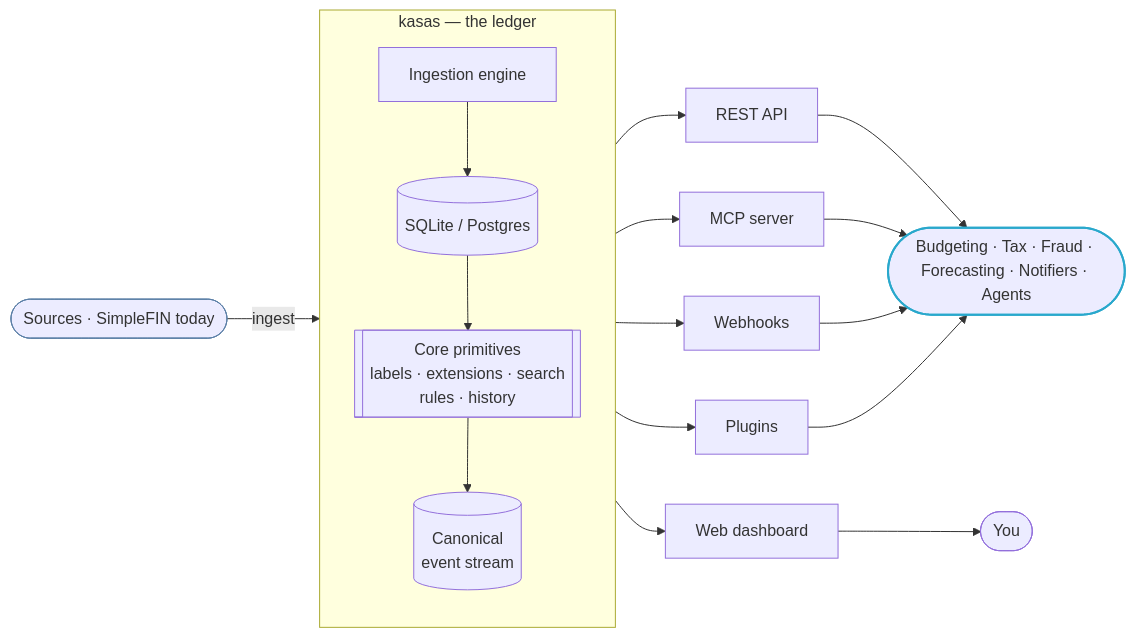
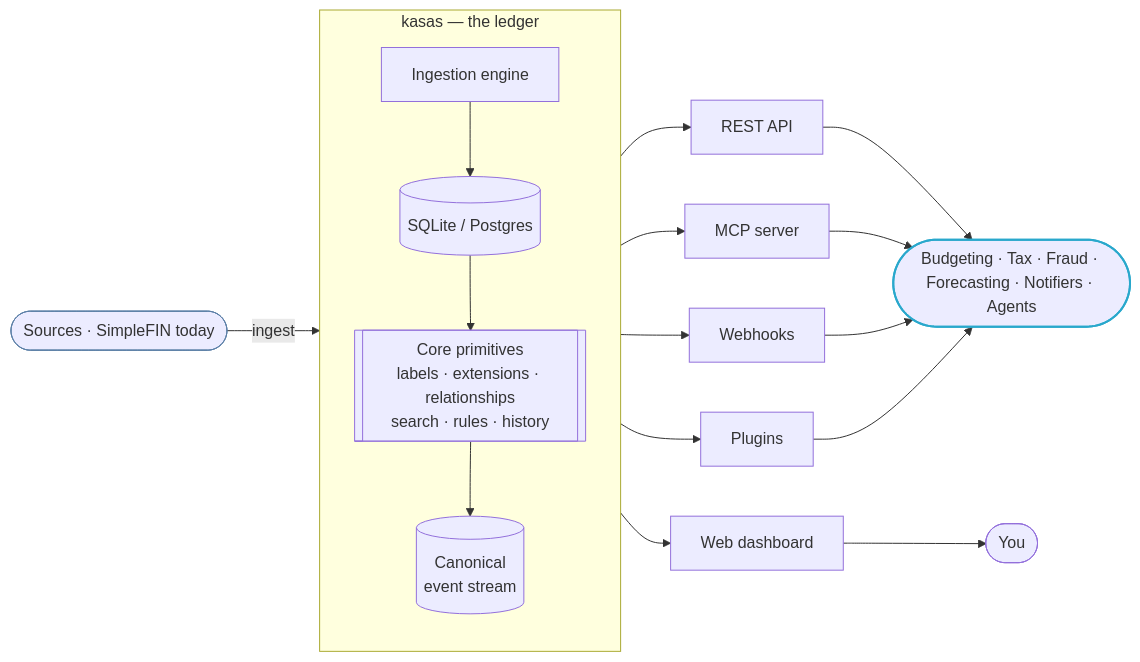
The diagram in docs/index.md (paulmeier/kasas), drawn with Mermaid before and after one commit. The commit also changed other lines of this file and 42 other files, not shown here.

````diff
--- a/docs/index.md
+++ b/docs/index.md
@@ -38,32 +38,32 @@
 ```mermaid
 flowchart LR
     SRC([Sources · SimpleFIN today]):::ext
 
     subgraph K["kasas — the ledger"]
         direction TB
         SYNC[Ingestion engine]
         DB[(SQLite / Postgres)]
-        CORE[["Core primitives<br/>labels · extensions · search<br/>rules · history"]]
+        CORE[["Core primitives<br/>labels · extensions · relationships<br/>search · rules · history"]]
         EV[(Canonical<br/>event stream)]
         SYNC --> DB --> CORE --> EV
     end
 
     SRC -->|ingest| SYNC
 
     K --> REST[REST API]
     K --> MCP[MCP server]
     K --> DASH[Web dashboard]
     EV --> WH[Webhooks]
     EV --> PL[Plugins]
 
     REST --> APPS
     MCP --> APPS
     DASH --> USER([You])
     WH --> APPS
     PL --> APPS
 
     APPS([Budgeting · Tax · Fraud · Forecasting · Notifiers · Agents]):::apps
 
     classDef ext stroke:#5b7fa6,stroke-width:1px;
     classDef apps stroke:#29a8cc,stroke-width:2px;
 ```
````
